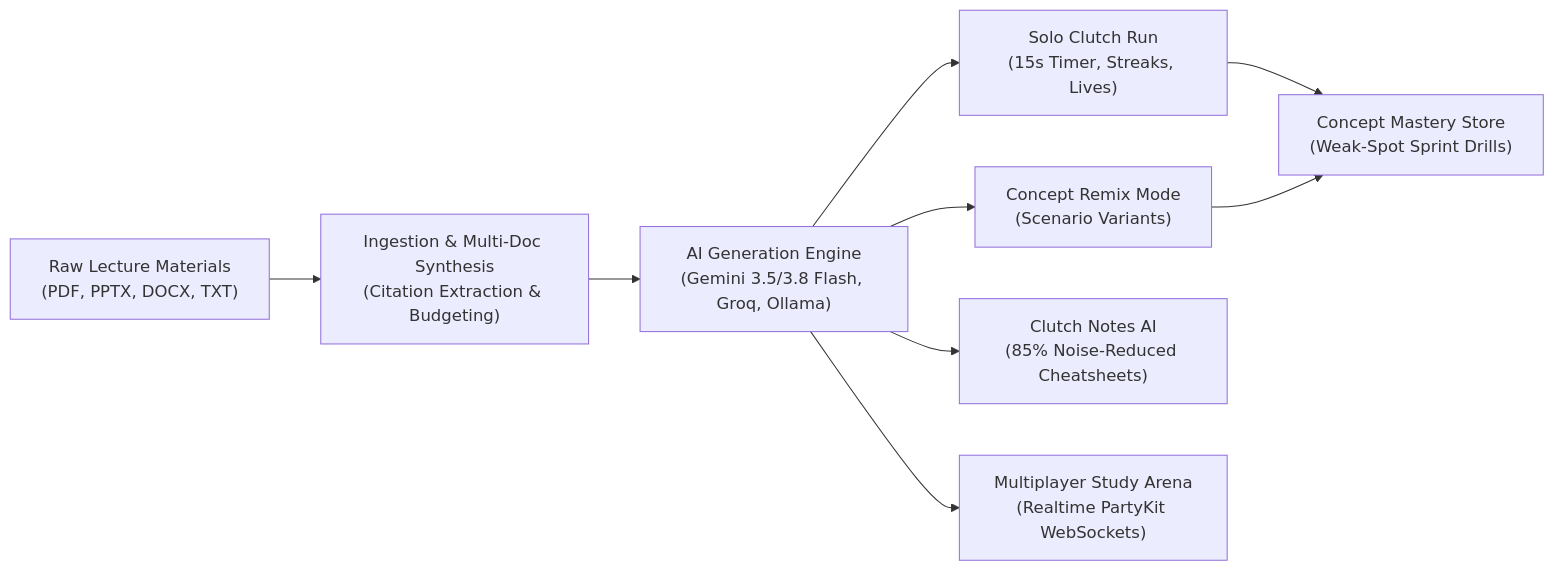
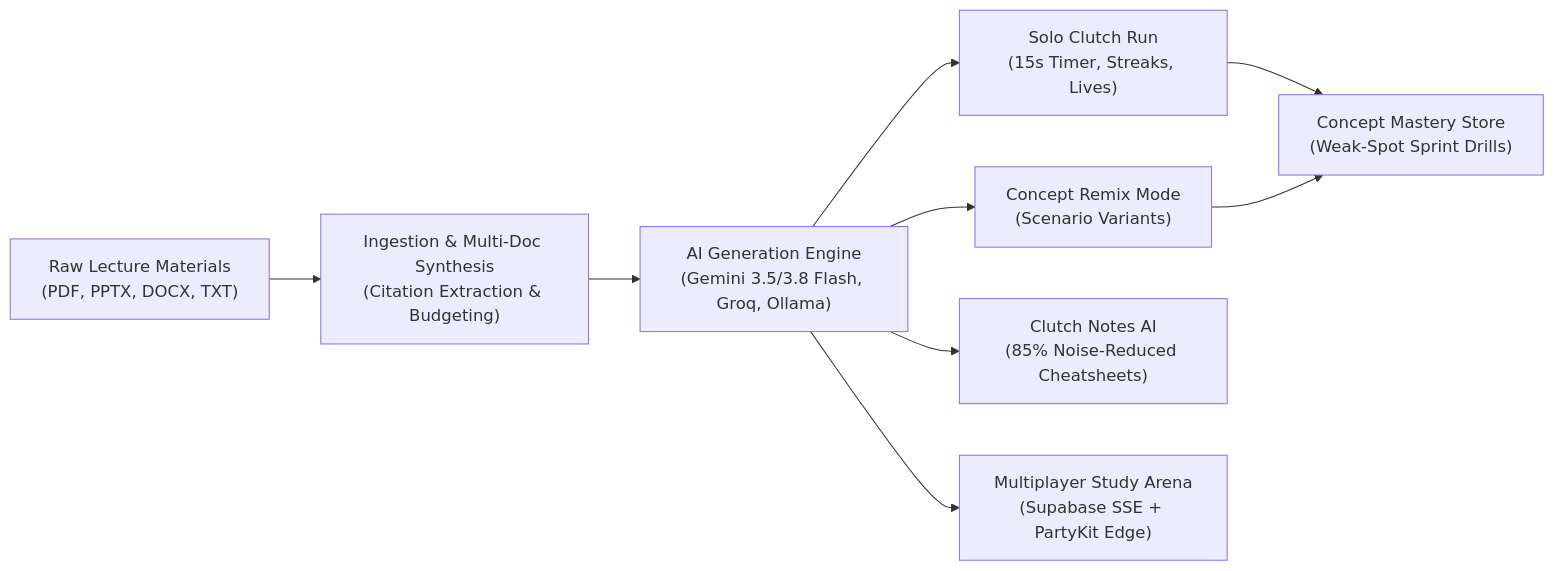
The first of 3 diagrams in CLUTCH_ARENA_MASTER_ROADMAP.md (kylepham75/clutch-arena), drawn with Mermaid before and after one commit. The commit also changed other lines of this file, not shown here.

Commit message:
docs: update master roadmap to v1.1.0 with brand spec, PPP monetization, and unit economics

````diff
--- a/CLUTCH_ARENA_MASTER_ROADMAP.md
+++ b/CLUTCH_ARENA_MASTER_ROADMAP.md
@@ -56,11 +60,11 @@
 ```mermaid
 flowchart LR
     A["Raw Lecture Materials\n(PDF, PPTX, DOCX, TXT)"] --> B["Ingestion & Multi-Doc Synthesis\n(Citation Extraction & Budgeting)"]
     B --> C["AI Generation Engine\n(Gemini 3.5/3.8 Flash, Groq, Ollama)"]
     C --> D["Solo Clutch Run\n(15s Timer, Streaks, Lives)"]
     C --> E["Concept Remix Mode\n(Scenario Variants)"]
     C --> F["Clutch Notes AI\n(85% Noise-Reduced Cheatsheets)"]
-    C --> G["Multiplayer Study Arena\n(Realtime PartyKit WebSockets)"]
+    C --> G["Multiplayer Study Arena\n(Supabase SSE + PartyKit Edge)"]
     D --> H["Concept Mastery Store\n(Weak-Spot Sprint Drills)"]
     E --> H
 ```
````
